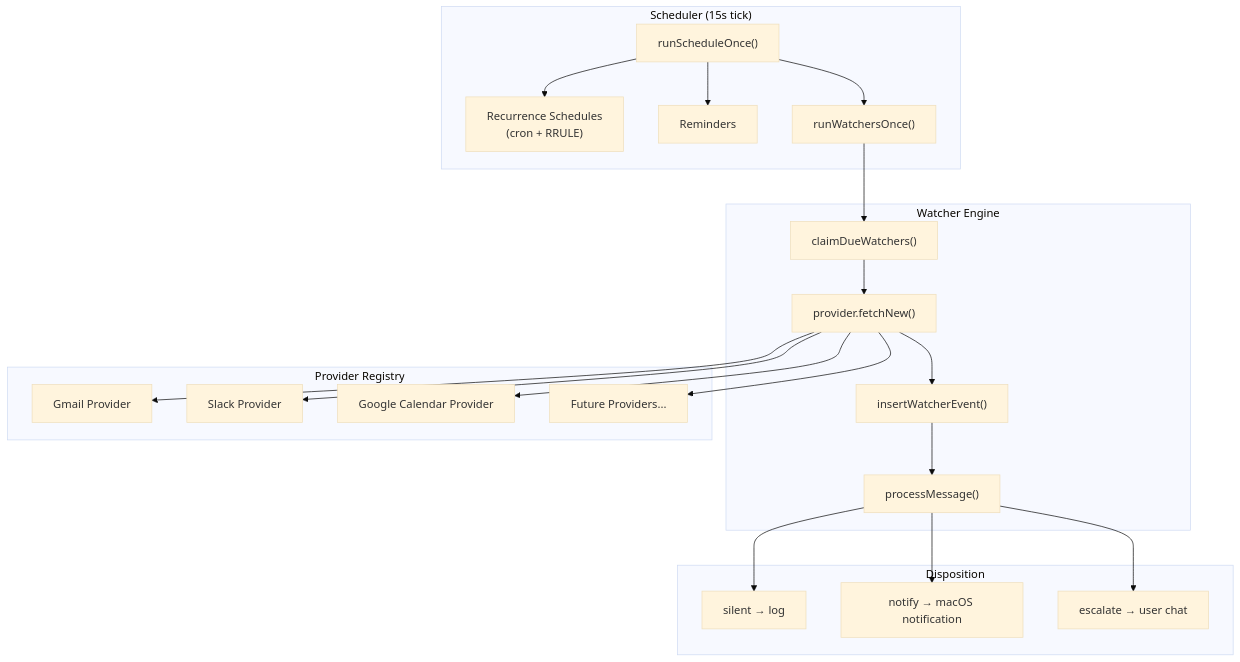
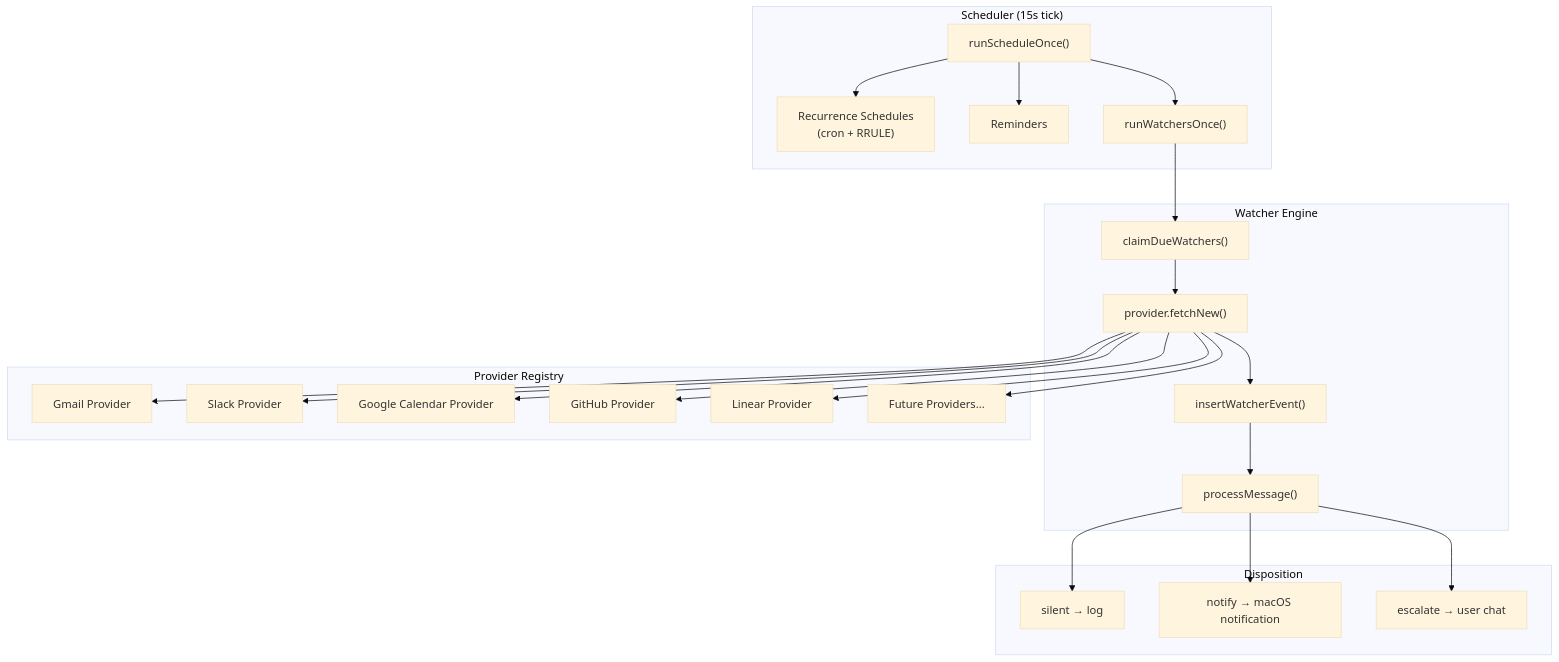
Diagram 45 of 51 in ARCHITECTURE.md (vellum-ai/vellum-assistant), drawn with Mermaid (base theme) before and after one commit. The commit also changed other lines of this file and 2 other files, not shown here.

Commit message:
feat: add Linear watcher provider

````diff
--- a/ARCHITECTURE.md
+++ b/ARCHITECTURE.md
@@ -3263,44 +3265,48 @@
 ```mermaid
 graph TD
     subgraph "Scheduler (15s tick)"
         TICK["runScheduleOnce()"]
         CRON["Recurrence Schedules<br/>(cron + RRULE)"]
         REMIND["Reminders"]
         WATCH["runWatchersOnce()"]
     end
 
     subgraph "Watcher Engine"
         CLAIM["claimDueWatchers()"]
         POLL["provider.fetchNew()"]
         DEDUP["insertWatcherEvent()"]
         PROCESS["processMessage()"]
     end
 
     subgraph "Provider Registry"
         GMAIL["Gmail Provider"]
         SLACK_W["Slack Provider"]
         GCAL["Google Calendar Provider"]
+        GH_W["GitHub Provider"]
+        LINEAR_W["Linear Provider"]
         FUTURE["Future Providers..."]
     end
 
     subgraph "Disposition"
         SILENT["silent → log"]
         NOTIFY["notify → macOS notification"]
         ESCALATE["escalate → user chat"]
     end
 
     TICK --> CRON
     TICK --> REMIND
     TICK --> WATCH
     WATCH --> CLAIM
     CLAIM --> POLL
     POLL --> GMAIL
     POLL --> SLACK_W
     POLL --> GCAL
+    POLL --> GH_W
+    POLL --> LINEAR_W
     POLL --> FUTURE
     POLL --> DEDUP
     DEDUP --> PROCESS
     PROCESS --> SILENT
     PROCESS --> NOTIFY
     PROCESS --> ESCALATE
 ```
````
